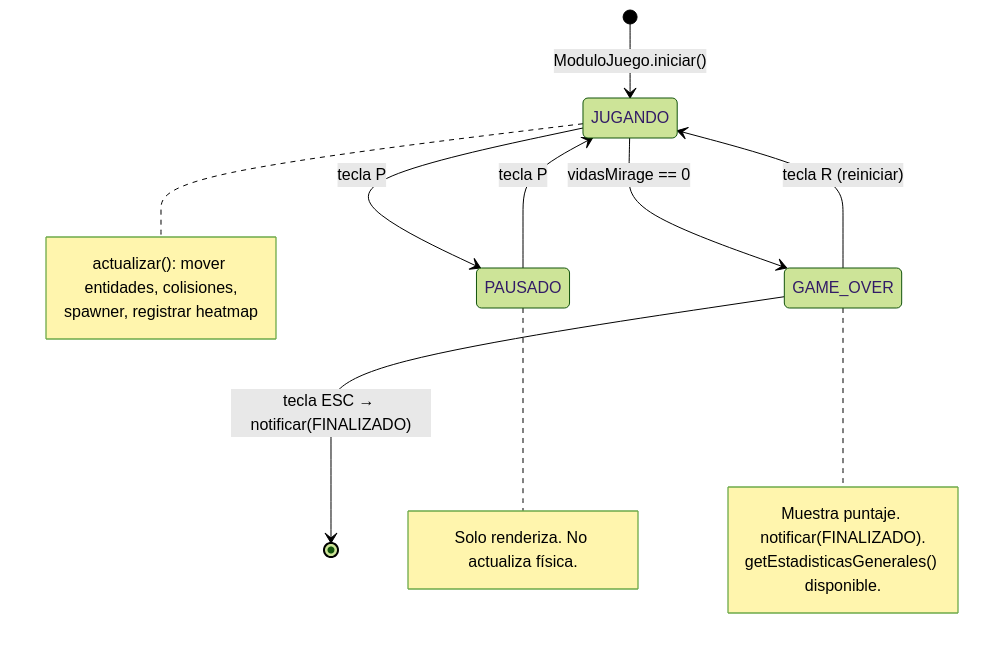
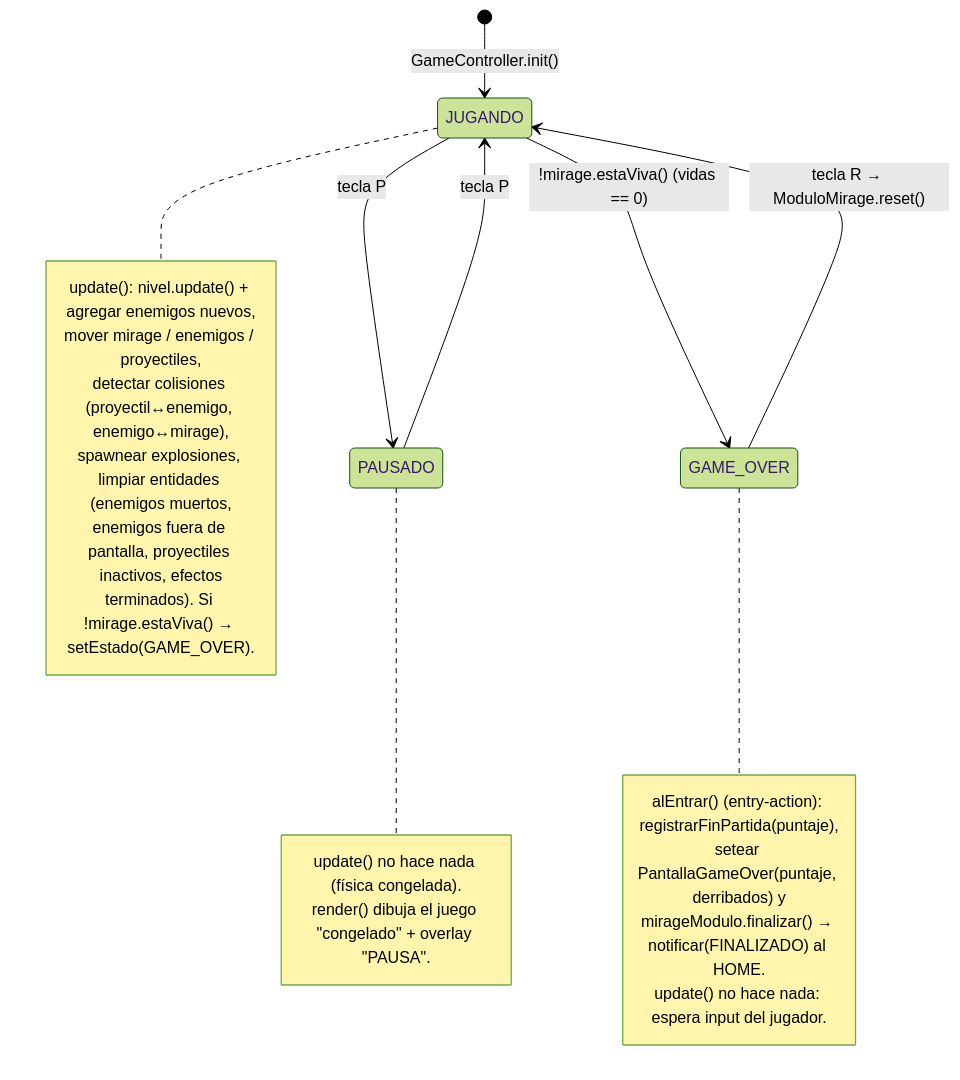
The first of 4 diagrams in docs/v1/diseño/diagramas-estado.md (Christian-Rojas-Rodriguez/juego-1982), drawn with Mermaid (forest theme) before and after one commit. The commit also changed other lines of this file and 12 other files, not shown here.

First line of the commit message:
fix+docs: sincronizar diagramas v1 con el codigo, fixes de auditoria y warnings

````diff
--- a/docs/v1/diseño/diagramas-estado.md
+++ b/docs/v1/diseño/diagramas-estado.md
@@ -9,23 +9,30 @@
 ```mermaid
 stateDiagram-v2
-    [*] --> JUGANDO : ModuloJuego.iniciar()
+    [*] --> JUGANDO : GameController.init()
 
     JUGANDO --> PAUSADO : tecla P
     PAUSADO --> JUGANDO : tecla P
 
-    JUGANDO --> GAME_OVER : vidasMirage == 0
-    GAME_OVER --> JUGANDO : tecla R (reiniciar)
-    GAME_OVER --> [*] : tecla ESC → notificar(FINALIZADO)
+    JUGANDO --> GAME_OVER : !mirage.estaViva() (vidas == 0)
+
+    GAME_OVER --> JUGANDO : tecla R → ModuloMirage.reset()
 
     note right of JUGANDO
-        actualizar(): mover entidades, colisiones,
-        spawner, registrar heatmap
+        update(): nivel.update() + agregar enemigos nuevos,
+        mover mirage / enemigos / proyectiles,
+        detectar colisiones (proyectil↔enemigo, enemigo↔mirage),
+        spawnear explosiones, limpiar entidades (enemigos muertos,
+        enemigos fuera de pantalla, proyectiles inactivos, efectos
+        terminados). Si !mirage.estaViva() → setEstado(GAME_OVER).
     end note
     note right of PAUSADO
-        Solo renderiza. No actualiza física.
+        update() no hace nada (física congelada).
+        render() dibuja el juego "congelado" + overlay "PAUSA".
     end note
     note right of GAME_OVER
-        Muestra puntaje. notificar(FINALIZADO).
-        getEstadisticasGenerales() disponible.
+        alEntrar() (entry-action): registrarFinPartida(puntaje),
+        setear PantallaGameOver(puntaje, derribados) y
+        mirageModulo.finalizar() → notificar(FINALIZADO) al HOME.
+        update() no hace nada: espera input del jugador.
     end note
 ```
````
